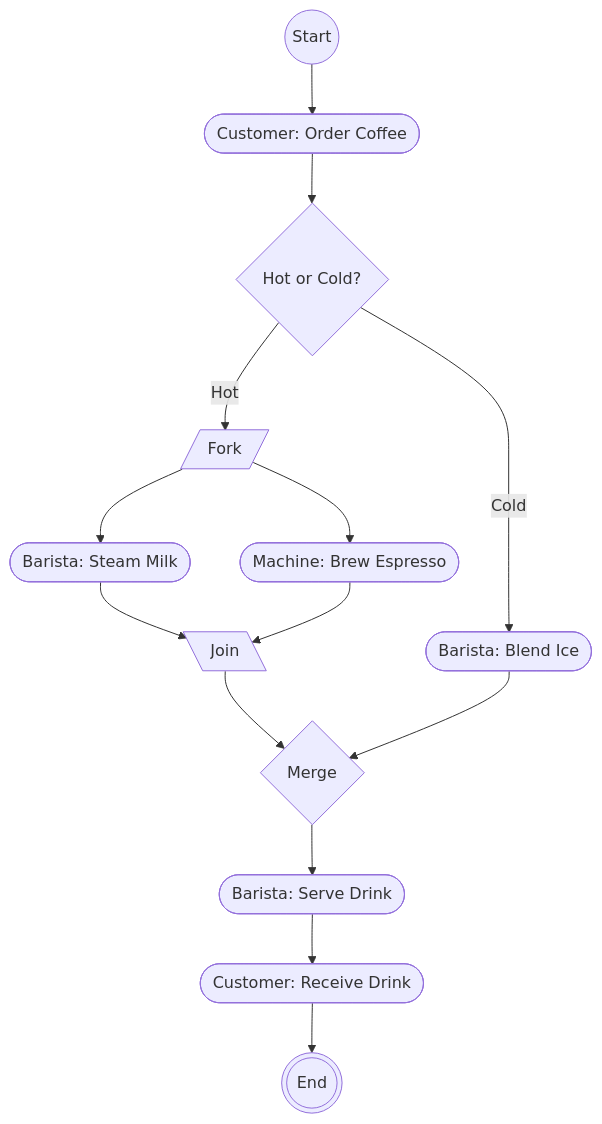
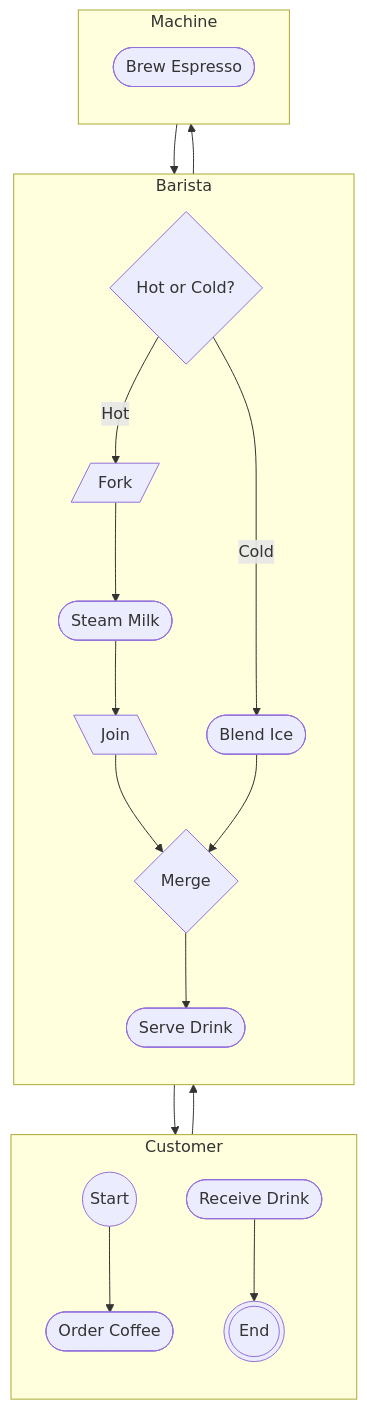
Before and after one commit to sharzilnfz/471: diagram 11 of 11 in study_materials/00_Activity_Diagram_Masterclass.md, drawn with Mermaid. The commit also changed 8 other files, not shown here.

Commit message:
feat: rewrite all activity diagrams with proper swimlane subgraphs

````diff
--- a/study_materials/00_Activity_Diagram_Masterclass.md
+++ b/study_materials/00_Activity_Diagram_Masterclass.md
@@ -213,24 +213,47 @@
 ```mermaid
 graph TD
-    Start((Start)) --> Order([Customer: Order Coffee])
+    subgraph Customer
+        direction TB
+        Start((Start))
+        Order([Order Coffee])
+        Receive([Receive Drink])
+        End(((End)))
+    end
+    
+    subgraph Barista
+        direction TB
+        Check{Hot or Cold?}
+        Fork[/ Fork /]
+        Steam([Steam Milk])
+        Blend([Blend Ice])
+        Join[\ Join \]
+        Merge{Merge}
+        Serve([Serve Drink])
+    end
+    
+    subgraph Machine
+        direction TB
+        Brew([Brew Espresso])
+    end
 
-    Order --> Check{Hot or Cold?}
+    Start --> Order
+    Order --> Check
 
     %% ── Hot Path (Parallel) ──
-    Check -->|Hot| Fork[/ Fork /]
-    Fork --> Steam([Barista: Steam Milk])
-    Fork --> Brew([Machine: Brew Espresso])
-    Steam --> Join[\ Join \]
+    Check -->|Hot| Fork
+    Fork --> Steam
+    Fork --> Brew
+    Steam --> Join
     Brew --> Join
 
     %% ── Cold Path ──
-    Check -->|Cold| Blend([Barista: Blend Ice])
+    Check -->|Cold| Blend
 
     %% ── Merge both paths ──
-    Join --> Merge{Merge}
+    Join --> Merge
     Blend --> Merge
 
-    Merge --> Serve([Barista: Serve Drink])
-    Serve --> Receive([Customer: Receive Drink])
-    Receive --> End(((End)))
+    Merge --> Serve
+    Serve --> Receive
+    Receive --> End
 ```
````
